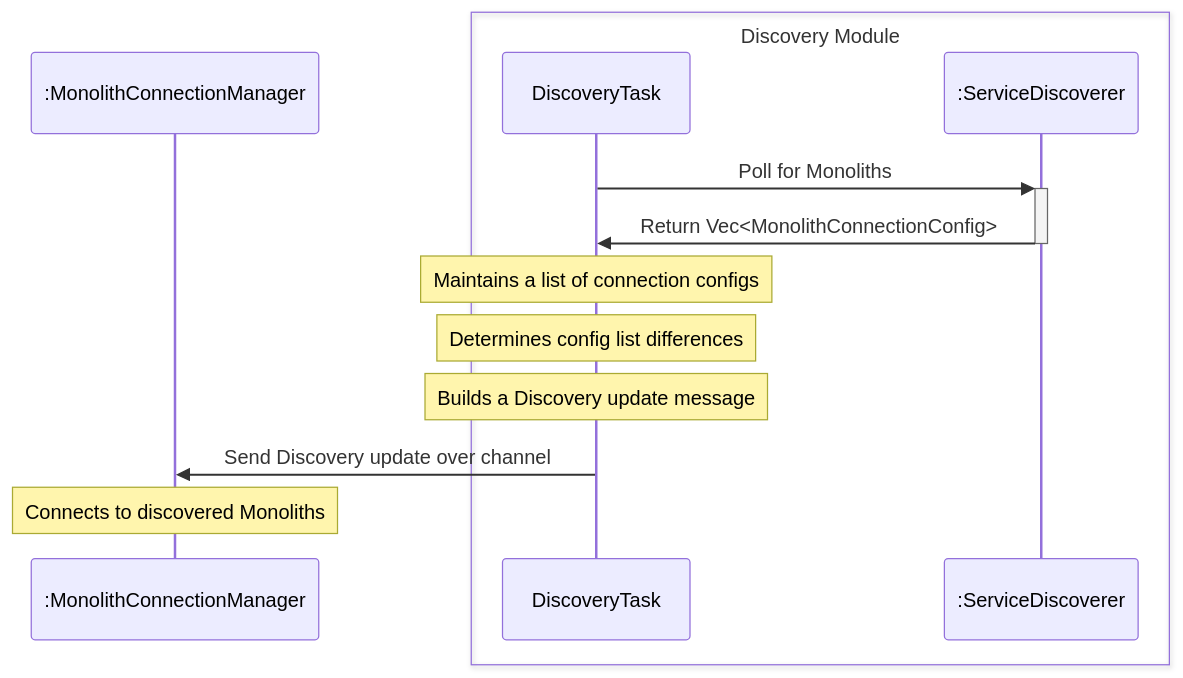
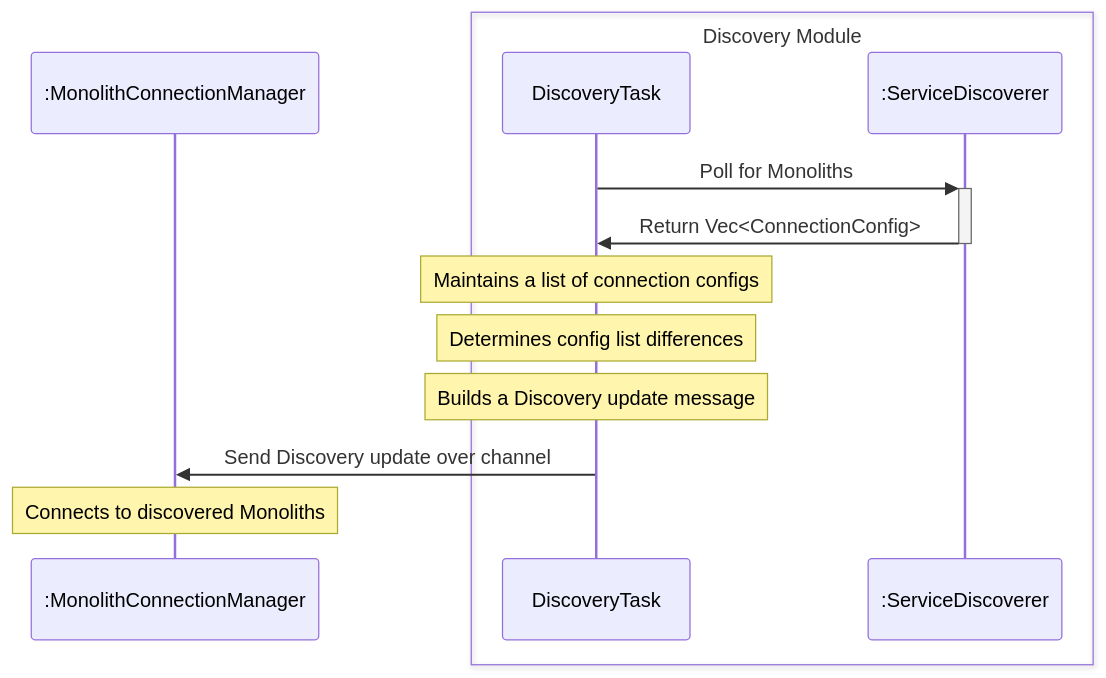
The diagram in figures/discovery/discovery-sequence.mmd (dyc3/senior-design), drawn with Mermaid before and after one commit. The commit also changed 1 other file, not shown here.

Commit message:
update discovery-sequence (#416)
> [!CAUTION]
> DO NOT merge yourself, this will be auto merged upon approval

```diff
--- a/figures/discovery/discovery-sequence.mmd
+++ b/figures/discovery/discovery-sequence.mmd
@@ -1,14 +1,14 @@
 sequenceDiagram
     participant MCM as :MonolithConnectionManager
     box Discovery Module
     participant DT as DiscoveryTask
     participant MD as :ServiceDiscoverer
     end
 
     DT->>+MD: Poll for Monoliths
-    MD->>-DT: Return Vec<MonolithConnectionConfig>
+    MD->>-DT: Return Vec<ConnectionConfig>
     Note over DT: Maintains a list of connection configs
     Note over DT: Determines config list differences
     Note over DT: Builds a Discovery update message
     DT->>MCM: Send Discovery update over channel
     Note over MCM: Connects to discovered Monoliths
```
